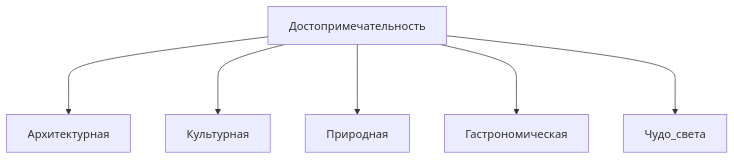
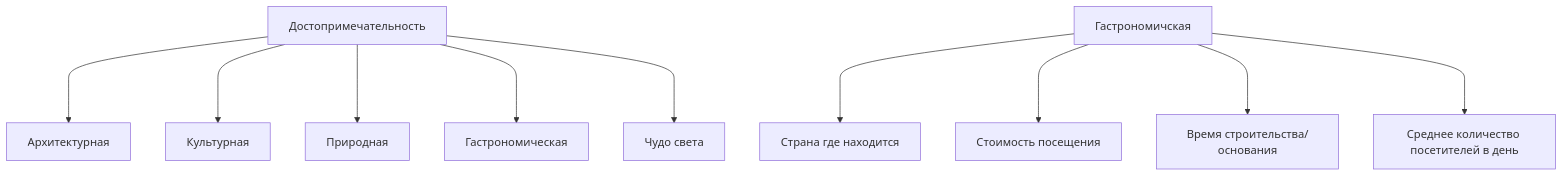
Before and after one commit to demonblo/artificial-intelligence-systems: the diagram in lab_01/tree.md, drawn with Mermaid.

Commit message:
add gastronomic attraction in tree.md

````diff
--- a/lab_01/tree.md
+++ b/lab_01/tree.md
@@ -1,8 +1,13 @@
 ```mermaid
 flowchart TD
 Достопримечательность ---> Архитектурная
 Достопримечательность ---> Культурная
 Достопримечательность ---> Природная
 Достопримечательность ---> Гастрономическая
-Достопримечательность ---> Чудо_света
+Достопримечательность ---> ЧС[Чудо света]
+
+Гастрономичская ---> СН[Страна где находится]
+Гастрономичская ---> СП[Стоимость посещения]
+Гастрономичская ---> ВО[Время строительства/основания]
+Гастрономичская ---> КТ[Среднее количество посетителей в день]
 ```
````
